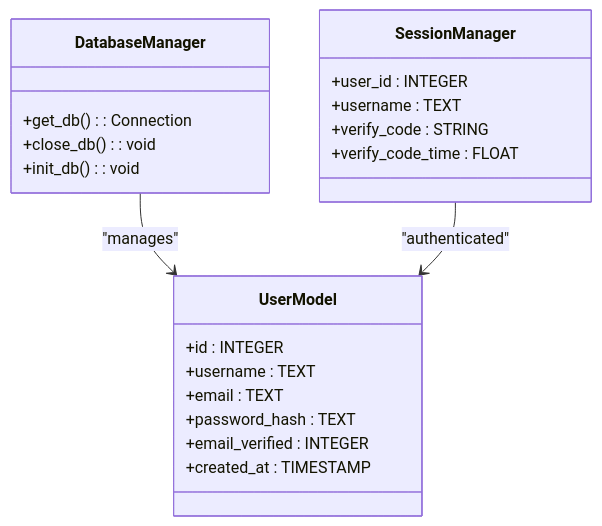
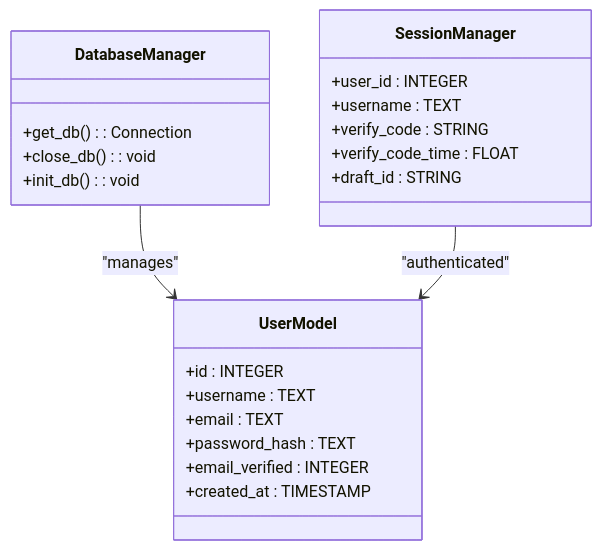
Before and after one commit to PolarisW007/PolaZhenJing: the seventh of 8 diagrams in .qoder/repowiki/en/content/Backend Application/Application Architecture.md, drawn with Mermaid. The commit also changed other lines of this file and 8 other files, not shown here.

````diff
--- a/.qoder/repowiki/en/content/Backend Application/Application Architecture.md
+++ b/.qoder/repowiki/en/content/Backend Application/Application Architecture.md
@@ -312,24 +327,25 @@
 ```mermaid
 classDiagram
 class DatabaseManager {
 +get_db() : Connection
 +close_db() : void
 +init_db() : void
 }
 class UserModel {
 +id : INTEGER
 +username : TEXT
 +email : TEXT
 +password_hash : TEXT
 +email_verified : INTEGER
 +created_at : TIMESTAMP
 }
 class SessionManager {
 +user_id : INTEGER
 +username : TEXT
 +verify_code : STRING
 +verify_code_time : FLOAT
++draft_id : STRING
 }
 DatabaseManager --> UserModel : "manages"
 SessionManager --> UserModel : "authenticated"
 ```
````
